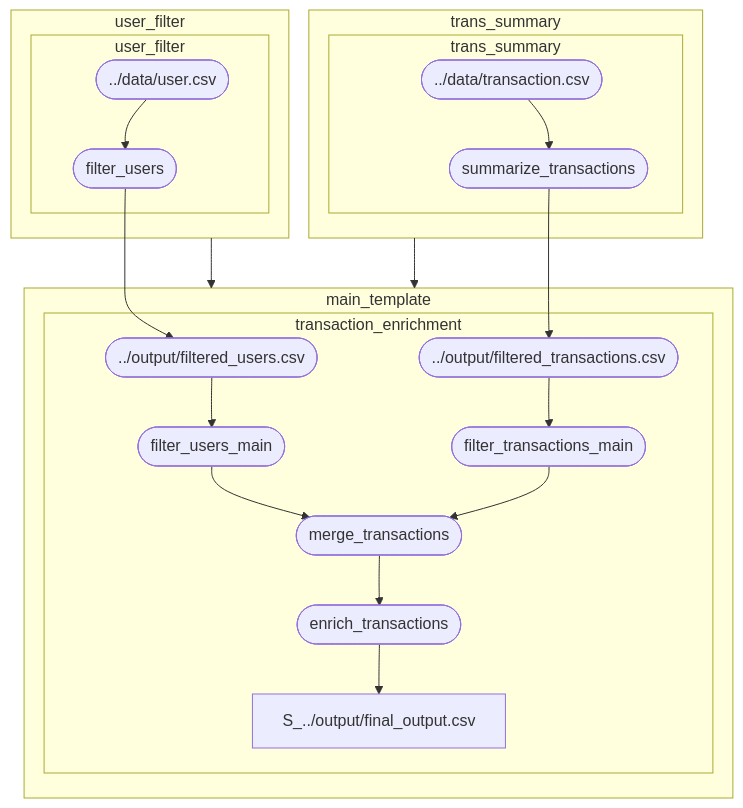
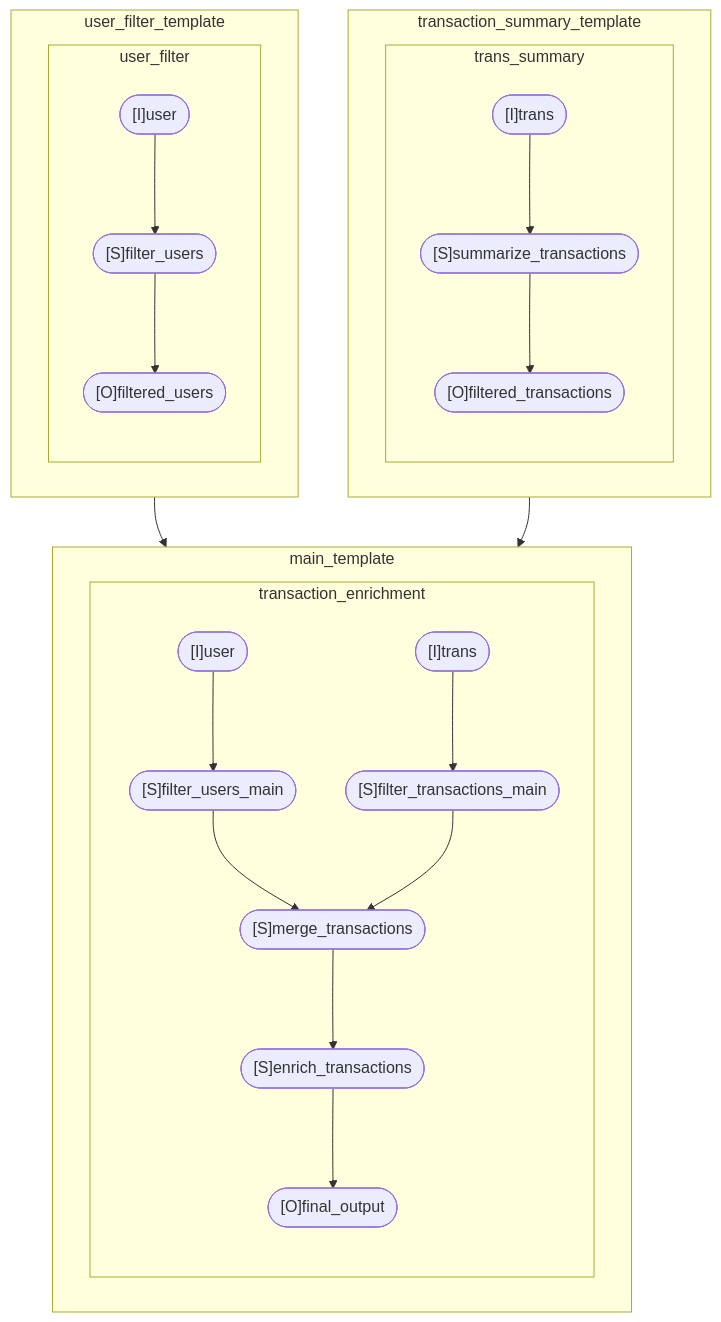
One commit to project-ro/rotab changed the diagram in README.md. Above: the diagram before and after it, drawn with Mermaid. The commit also changed other lines of this file and 1 other file, not shown here.

````diff
--- a/README.md
+++ b/README.md
@@ -249,45 +198,48 @@
 ```mermaid
 graph TB
-
-%% ==== Template dependencies ====
-T_user_filter --> T_main_template
-T_trans_summary --> T_main_template
-
-%% ==== Processes in main_template ====
-subgraph T_main_template ["main_template"]
-  subgraph P_transaction_enrichment ["transaction_enrichment"]
-    S_../output/filtered_users.csv(["../output/filtered_users.csv"])
-    S_../output/filtered_transactions.csv(["../output/filtered_transactions.csv"])
-    S_filter_users_main(["filter_users_main"])
-    S_filter_transactions_main(["filter_transactions_main"])
-    S_merge_transactions(["merge_transactions"])
-    S_enrich_transactions(["enrich_transactions"])
-    S_../output/filtered_users.csv --> S_filter_users_main
-    S_../output/filtered_transactions.csv --> S_filter_transactions_main
-    S_filter_users_main --> S_merge_transactions
-    S_filter_transactions_main --> S_merge_transactions
-    S_merge_transactions --> S_enrich_transactions
-    S_enrich_transactions --> S_../output/final_output.csv
+%% Nodes
+%% Template: user_filter_template
+subgraph T_user_filter_template ["user_filter_template"]
+  %% Process: user_filter
+  subgraph P_user_filter ["user_filter"]
+    I_user_filter_template__user(["[I]user"])
+    S_user_filter_template__filter_users(["[S]filter_users"])
+    O_user_filter_template__filtered_users(["[O]filtered_users"])
+    I_user_filter_template__user --> S_user_filter_template__filter_users
+    S_user_filter_template__filter_users --> O_user_filter_template__filtered_users
   end
 end
-
-%% ==== Processes in trans_summary ====
-subgraph T_trans_summary ["trans_summary"]
+%% Template: transaction_summary_template
+subgraph T_transaction_summary_template ["transaction_summary_template"]
+  %% Process: trans_summary
   subgraph P_trans_summary ["trans_summary"]
-    S_../data/transaction.csv(["../data/transaction.csv"])
-    S_summarize_transactions(["summarize_transactions"])
-    S_../data/transaction.csv --> S_summarize_transactions
-    S_summarize_transactions --> S_../output/filtered_transactions.csv
+    I_transaction_summary_template__trans(["[I]trans"])
+    S_transaction_summary_template__summarize_transactions(["[S]summarize_transactions"])
+    O_transaction_summary_template__filtered_transactions(["[O]filtered_transactions"])
+    I_transaction_summary_template__trans --> S_transaction_summary_template__summarize_transactions
+    S_transaction_summary_template__summarize_transactions --> O_transaction_summary_template__filtered_transactions
   end
 end
-
-%% ==== Processes in user_filter ====
-subgraph T_user_filter ["user_filter"]
-  subgraph P_user_filter ["user_filter"]
-    S_../data/user.csv(["../data/user.csv"])
-    S_filter_users(["filter_users"])
-    S_../data/user.csv --> S_filter_users
-    S_filter_users --> S_../output/filtered_users.csv
+%% Template: main_template
+subgraph T_main_template ["main_template"]
+  %% Process: transaction_enrichment
+  subgraph P_transaction_enrichment ["transaction_enrichment"]
+    I_main_template__user(["[I]user"])
+    I_main_template__trans(["[I]trans"])
+    S_main_template__filter_users_main(["[S]filter_users_main"])
+    S_main_template__filter_transactions_main(["[S]filter_transactions_main"])
+    S_main_template__merge_transactions(["[S]merge_transactions"])
+    S_main_template__enrich_transactions(["[S]enrich_transactions"])
+    O_main_template__final_output(["[O]final_output"])
+    I_main_template__user --> S_main_template__filter_users_main
+    I_main_template__trans --> S_main_template__filter_transactions_main
+    S_main_template__filter_users_main --> S_main_template__merge_transactions
+    S_main_template__filter_transactions_main --> S_main_template__merge_transactions
+    S_main_template__merge_transactions --> S_main_template__enrich_transactions
+    S_main_template__enrich_transactions --> O_main_template__final_output
   end
 end
+%% Template Dependencies
+T_user_filter_template --> T_main_template
+T_transaction_summary_template --> T_main_template
 ```
````
